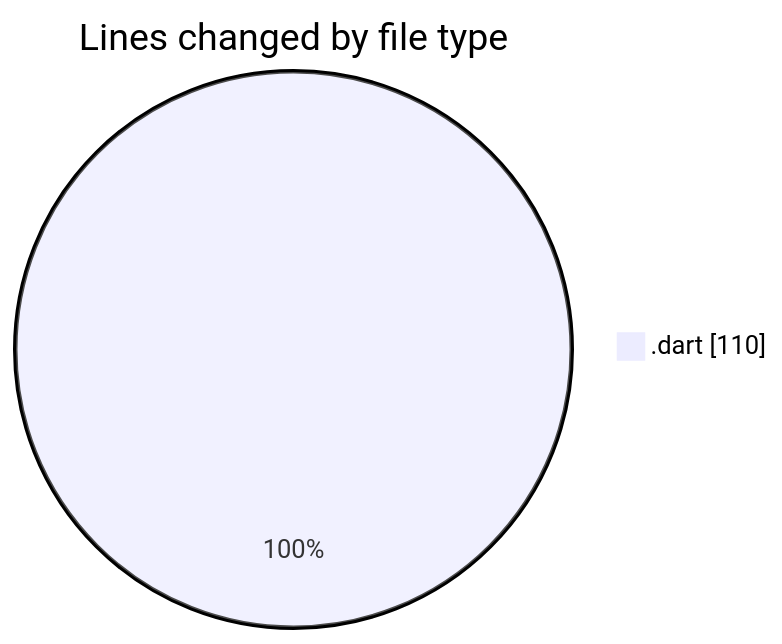
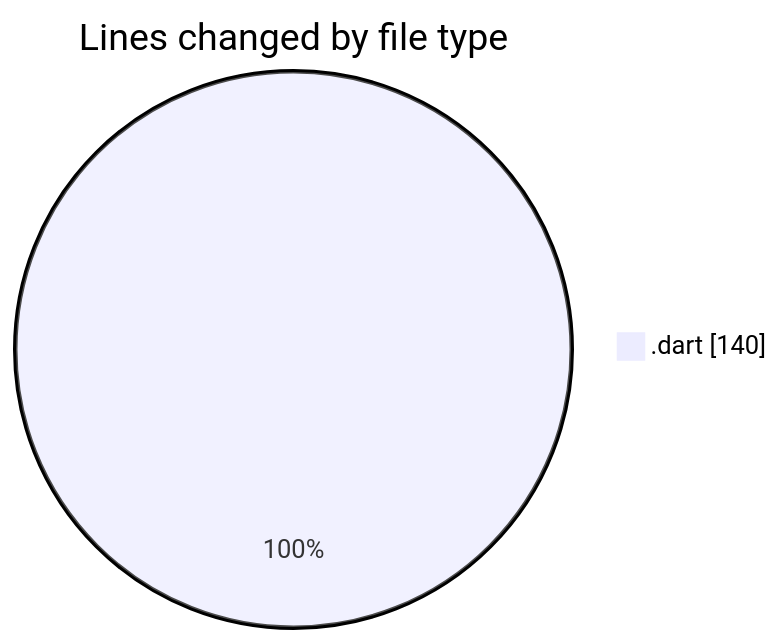
The first of 2 diagrams in 2025-03-25/wordle/README.md (donsfak/code-tracking), drawn with Mermaid before and after one commit. The commit also changed other lines of this file and 1 other file, not shown here.

````diff
--- a/2025-03-25/wordle/README.md
+++ b/2025-03-25/wordle/README.md
@@ -22,5 +23,5 @@
 ```mermaid
 pie showData
 title Lines changed by file type
-".dart" : 110
+".dart" : 140
 ```
````
